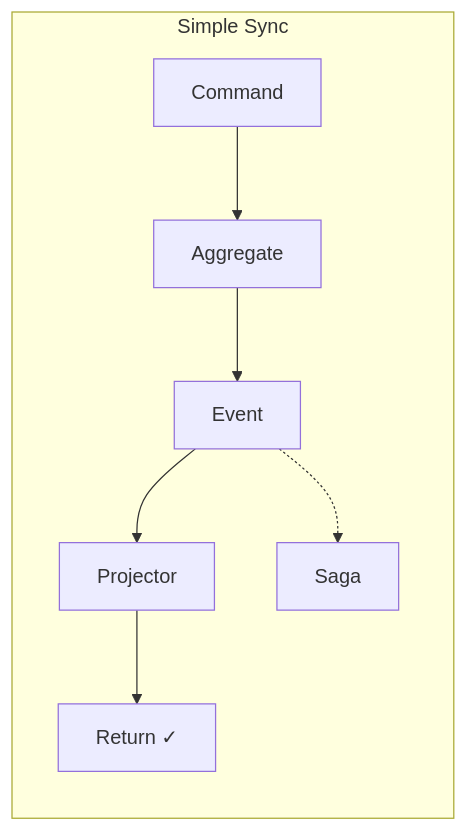
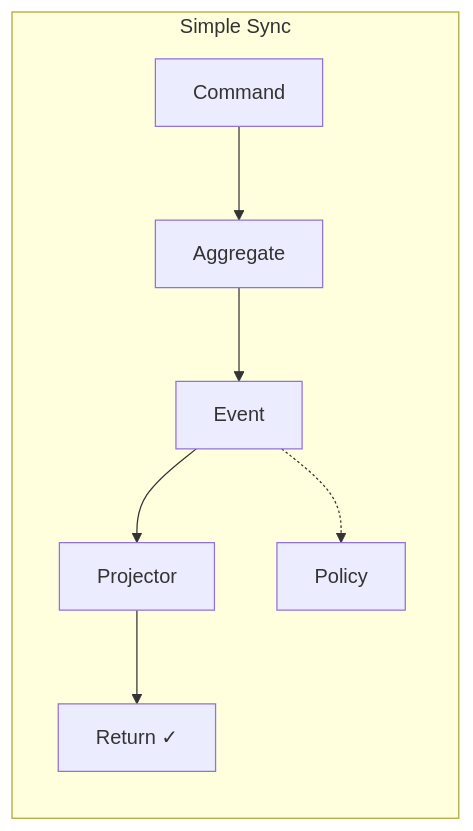
The fourth of 7 diagrams in site/src/content/docs/features/performance.mdx (angzarr-io/angzarr-project), drawn with Mermaid before and after one commit. The commit also changed other lines of this file and 9 other files, not shown here.

````diff
--- a/site/src/content/docs/features/performance.mdx
+++ b/site/src/content/docs/features/performance.mdx
@@ -94,9 +94,9 @@
 ```mermaid
 flowchart LR
     subgraph simple["Simple Sync"]
         c2["Command"] --> a2["Aggregate"] --> e2["Event"]
         e2 --> p2["Projector"]
         p2 --> r2["Return ✓"]
-        e2 -.-> s2["Saga"]
+        e2 -.-> s2["Policy"]
     end
 ```
````
